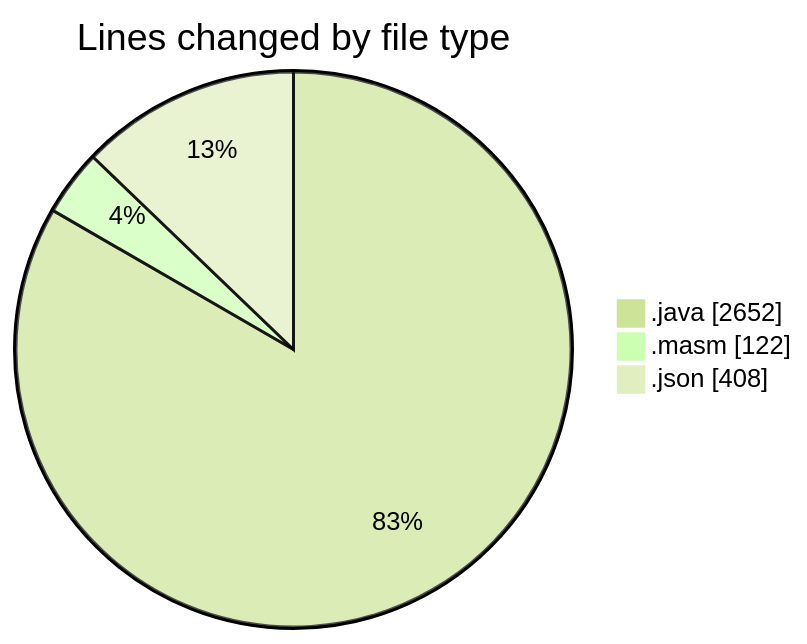
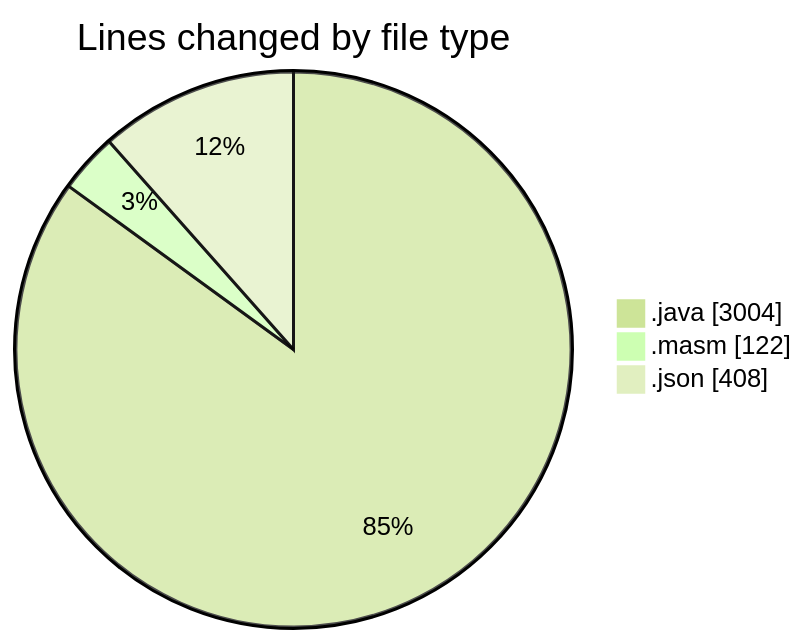
One commit to charlie-sans/code-tracking changed the first of 2 diagrams in 2025-02-19/masm/README.md. Above: the diagram before and after it, drawn with Mermaid (forest theme). The commit also changed other lines of this file and 1 other file, not shown here.

````diff
--- a/2025-02-19/masm/README.md
+++ b/2025-02-19/masm/README.md
@@ -32,7 +33,7 @@
 ```mermaid
 pie showData
 title Lines changed by file type
-".java" : 2652
+".java" : 3004
 ".masm" : 122
 ".json" : 408
 ```
````
